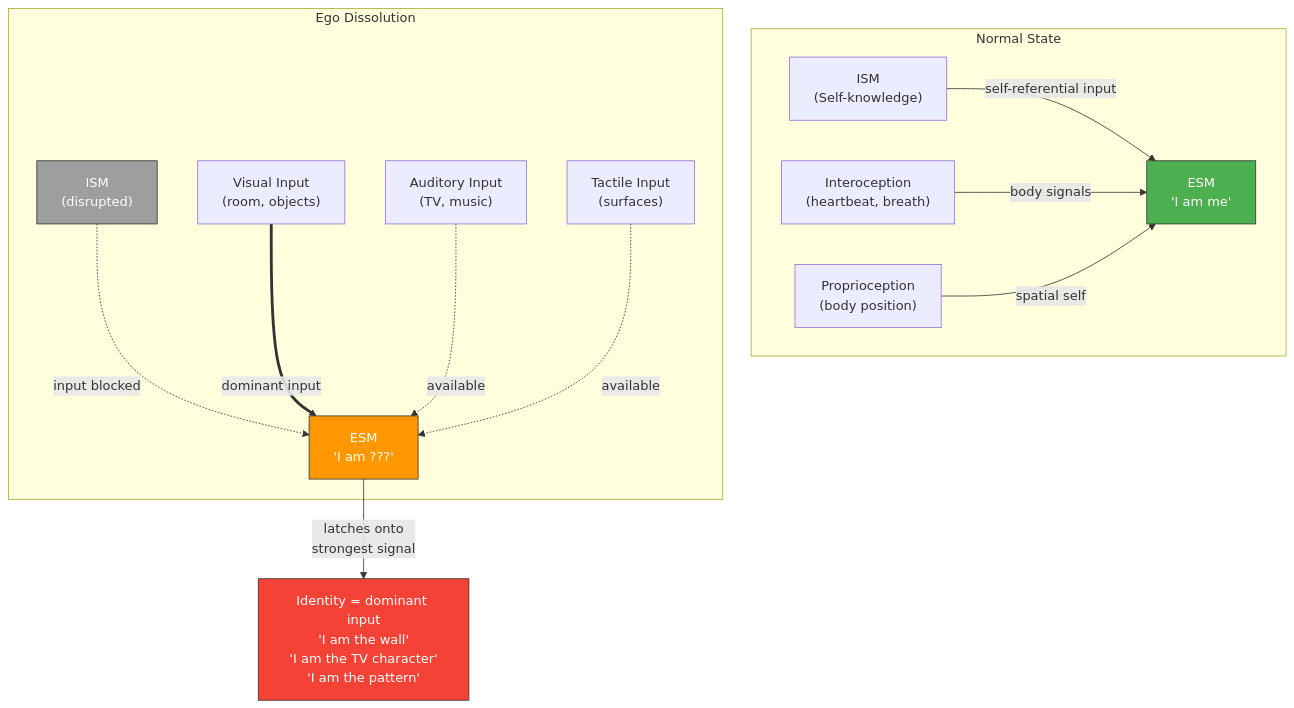
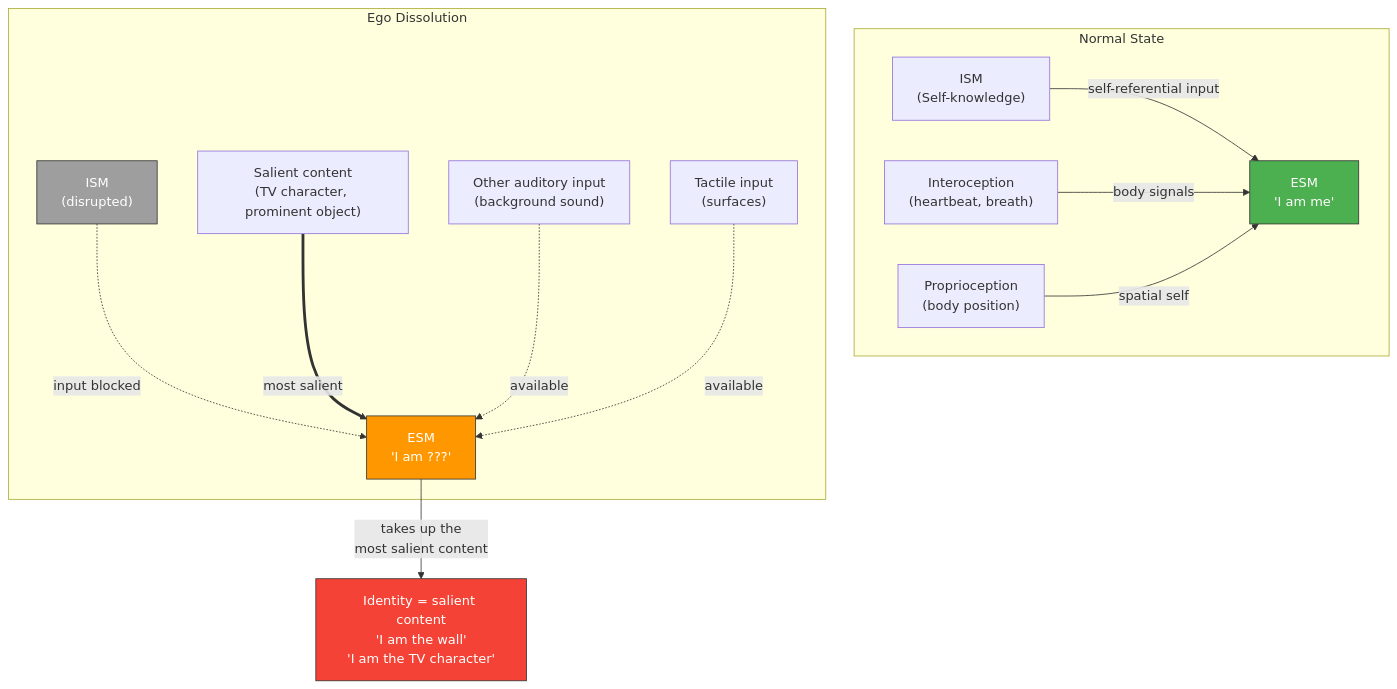
The diagram in wiki/phenomena/ego-dissolution.md (JeltzProstetnic/aIware), drawn with Mermaid before and after one commit. The commit also changed other lines of this file and 12 other files, not shown here.

````diff
--- a/wiki/phenomena/ego-dissolution.md
+++ b/wiki/phenomena/ego-dissolution.md
@@ -29,22 +29,22 @@
 ```mermaid
 graph TD
     subgraph "Normal State"
         ISM_N["ISM\n(Self-knowledge)"] -->|"self-referential input"| ESM_N["ESM\n'I am me'"]
         INTERO["Interoception\n(heartbeat, breath)"] -->|"body signals"| ESM_N
         PROPRIO["Proprioception\n(body position)"] -->|"spatial self"| ESM_N
     end
 
     subgraph "Ego Dissolution"
         ISM_D["ISM\n(disrupted)"] -.->|"input blocked"| ESM_D["ESM\n'I am ???'"]
-        VIS["Visual Input\n(room, objects)"] ==>|"dominant input"| ESM_D
-        AUD["Auditory Input\n(TV, music)"] -.->|"available"| ESM_D
-        TACT["Tactile Input\n(surfaces)"] -.->|"available"| ESM_D
+        VIS["Salient content\n(TV character, prominent object)"] ==>|"most salient"| ESM_D
+        AUD["Other auditory input\n(background sound)"] -.->|"available"| ESM_D
+        TACT["Tactile input\n(surfaces)"] -.->|"available"| ESM_D
     end
 
-    ESM_D -->|"latches onto\nstrongest signal"| RESULT["Identity = dominant input\n'I am the wall'\n'I am the TV character'\n'I am the pattern'"]
+    ESM_D -->|"takes up the\nmost salient content"| RESULT["Identity = salient content\n'I am the wall'\n'I am the TV character'"]
 
     style ESM_N fill:#4CAF50,stroke:#333,color:#fff
     style ESM_D fill:#FF9800,stroke:#333,color:#fff
     style RESULT fill:#F44336,stroke:#333,color:#fff
     style ISM_D fill:#9E9E9E,stroke:#333,color:#fff
 ```
````
